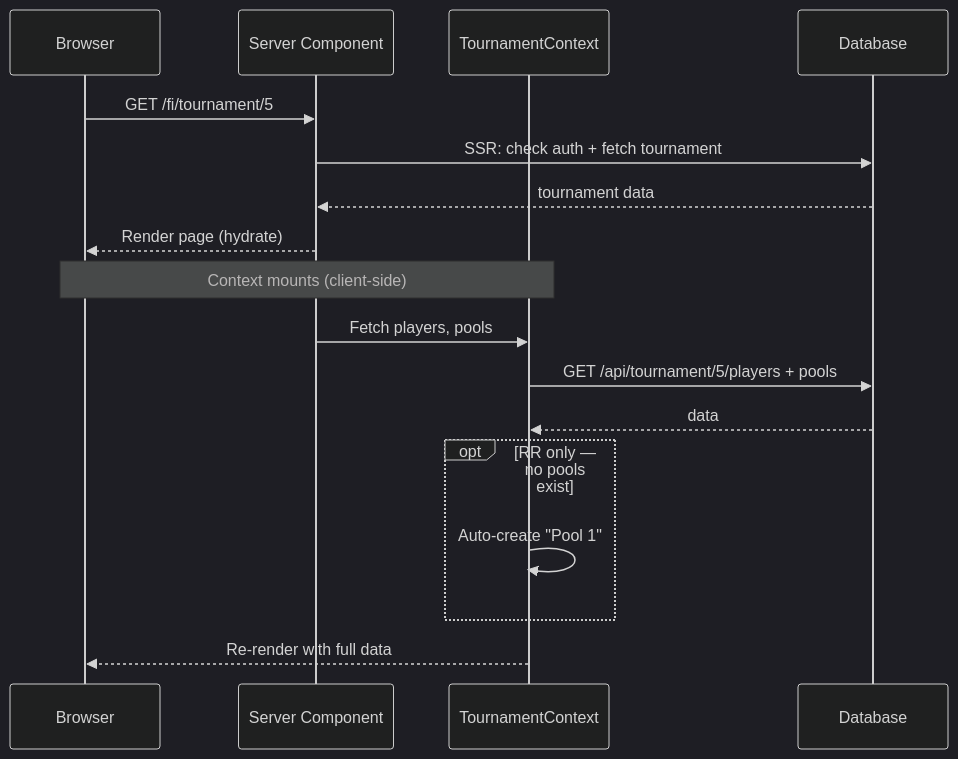
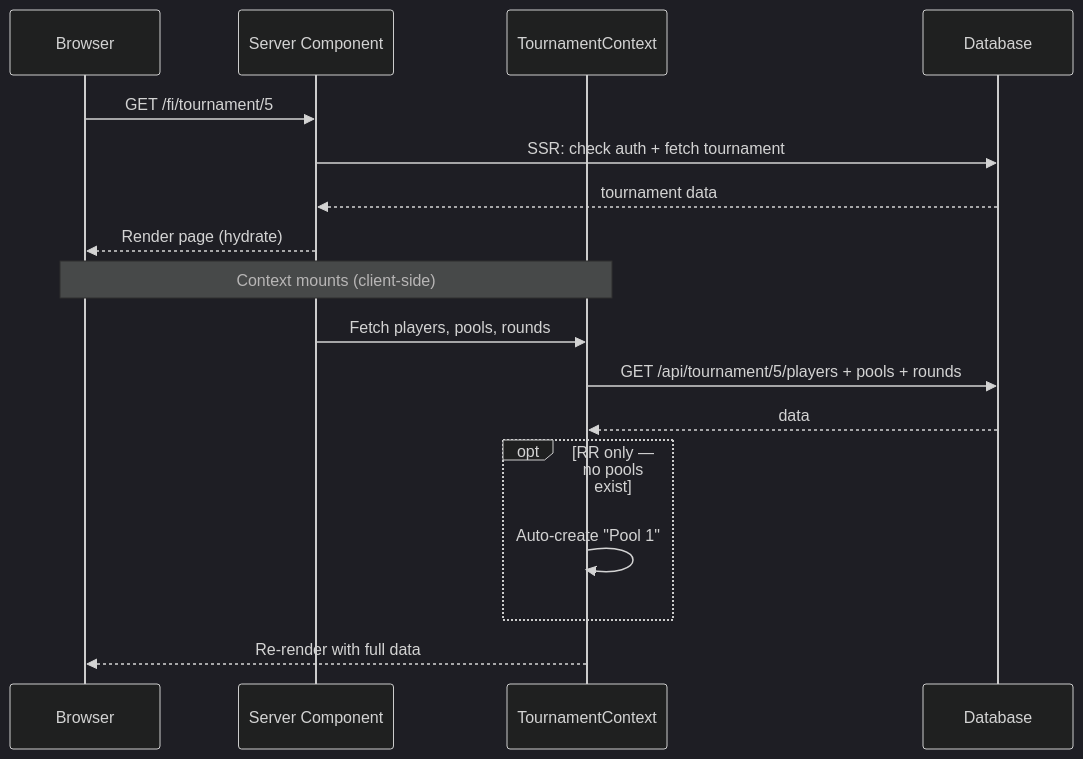
The fourth of 14 diagrams in docs/interaction-diagrams.md (cy6erskunk/tournament-app), drawn with Mermaid (dark theme) before and after one commit. The commit also changed other lines of this file and 15 other files, not shown here.

First line of the commit message:
Step 1: Replace stages model with rounds-based tournament architecture

````diff
--- a/docs/interaction-diagrams.md
+++ b/docs/interaction-diagrams.md
@@ -86,24 +94,24 @@
 ```mermaid
 sequenceDiagram
     participant Browser
     participant SC as Server Component
     participant TC as TournamentContext
     participant DB as Database
 
     Browser->>SC: GET /fi/tournament/5
     SC->>DB: SSR: check auth + fetch tournament
     DB-->>SC: tournament data
     SC-->>Browser: Render page (hydrate)
 
     Note over Browser,TC: Context mounts (client-side)
 
-    SC->>TC: Fetch players, pools
-    TC->>DB: GET /api/tournament/5/players + pools
+    SC->>TC: Fetch players, pools, rounds
+    TC->>DB: GET /api/tournament/5/players + pools + rounds
     DB-->>TC: data
 
     opt RR only — no pools exist
         TC->>TC: Auto-create "Pool 1"
     end
 
     TC-->>Browser: Re-render with full data
 ```
````
